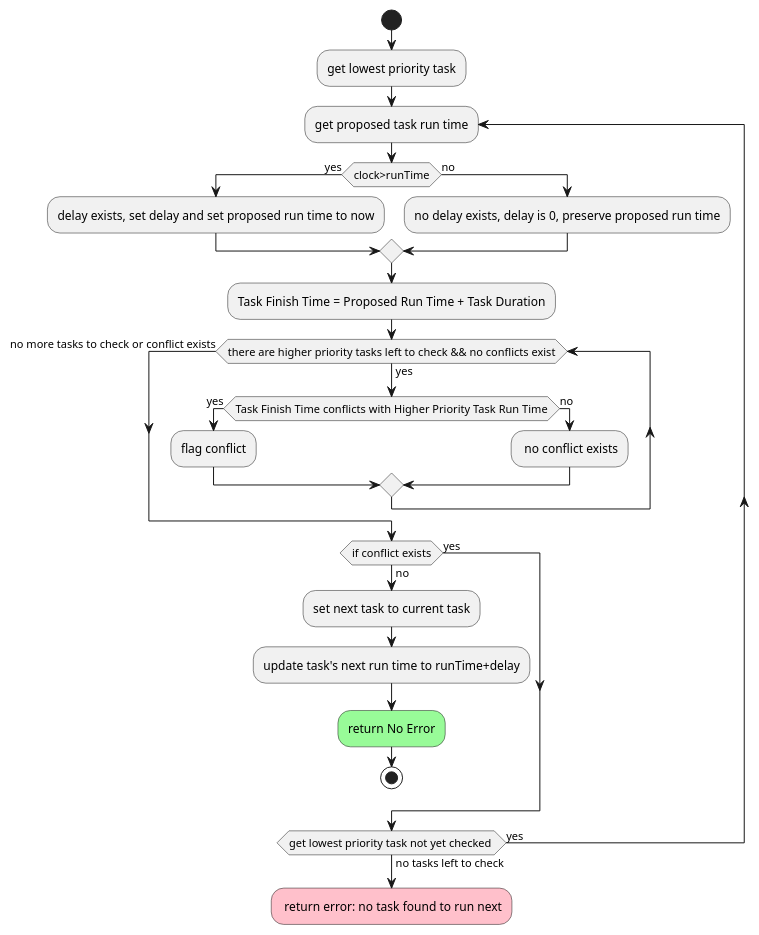
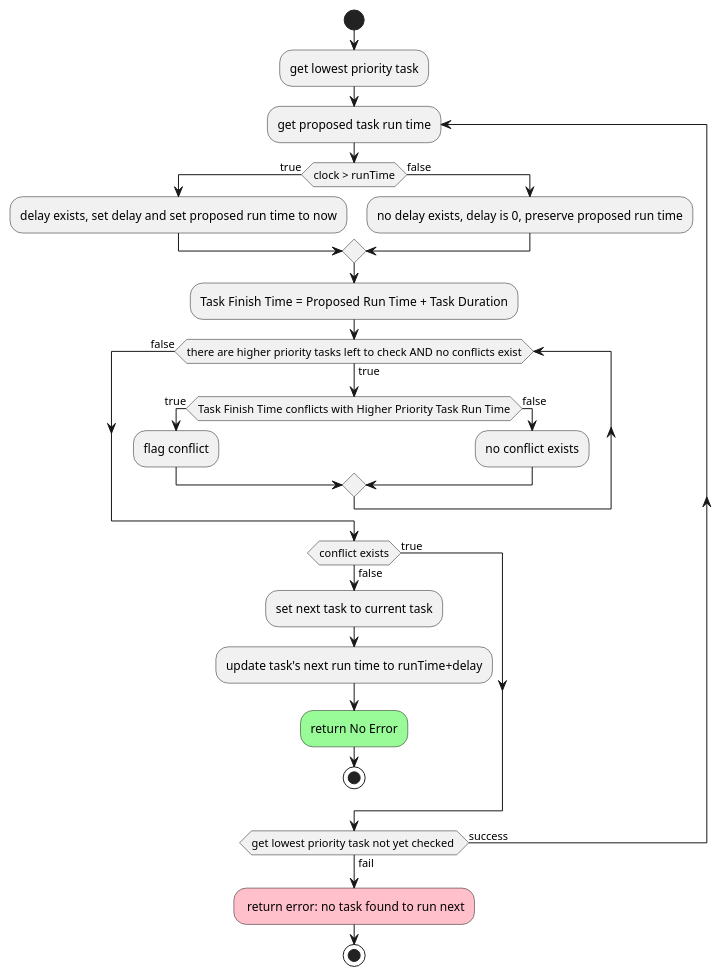
The diagram in docs/control_flow.puml (UCSD-E4E/smartfin-fw3), drawn with PlantUML before and after one commit.

Commit message:
docs: Updates english

```diff
--- a/docs/control_flow.puml
+++ b/docs/control_flow.puml
@@ -1,33 +1,33 @@
-@startuml
+@startuml Scheduler Control Flow
 start
 
 :get lowest priority task;
 repeat :get proposed task run time;
-  if (clock>runTime) is (yes) then
+  if (clock > runTime) is (true) then
    :delay exists, set delay and set proposed run time to now;
-  else (no)
+  else (false)
     :no delay exists, delay is 0, preserve proposed run time;
   endif
 
   :Task Finish Time = Proposed Run Time + Task Duration;
-  while (there are higher priority tasks left to check && no conflicts exist) is (yes)
-  if (Task Finish Time conflicts with Higher Priority Task Run Time) is (yes) then
-   :flag conflict;
-  else (no)
-    : no conflict exists;
-  endif
+  while (there are higher priority tasks left to check AND no conflicts exist) is (true)
+    if (Task Finish Time conflicts with Higher Priority Task Run Time) is (true) then
+    :flag conflict;
+    else (false)
+      :no conflict exists;
+    endif
   
-  endwhile (no more tasks to check or conflict exists);
+  endwhile (false);
 
-  if (if conflict exists) is (no) then
+  if (conflict exists) is (false) then
    :set next task to current task;
    :update task's next run time to runTime+delay;
    #palegreen :return No Error;
    stop
-   else (yes)
+   else (true)
   endif
 
-repeat while (get lowest priority task not yet checked ) is (yes) not (no tasks left to check)
+repeat while (get lowest priority task not yet checked ) is (success) not (fail)
 #pink : return error: no task found to run next;
-detach
+stop
 @enduml
```
